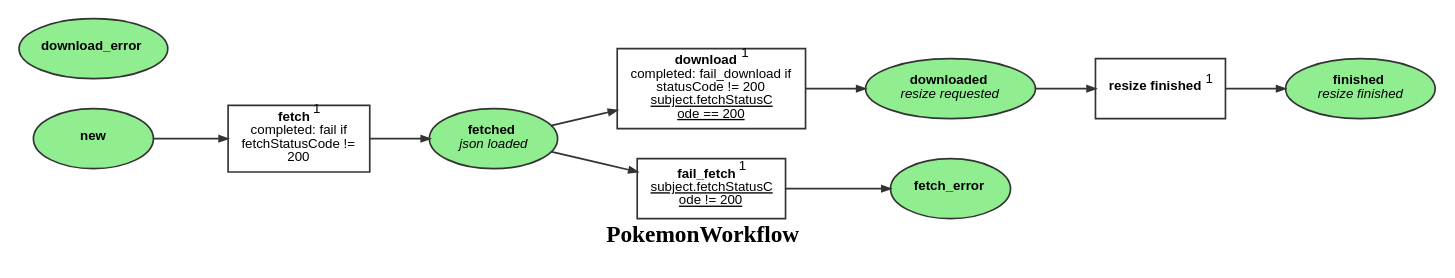
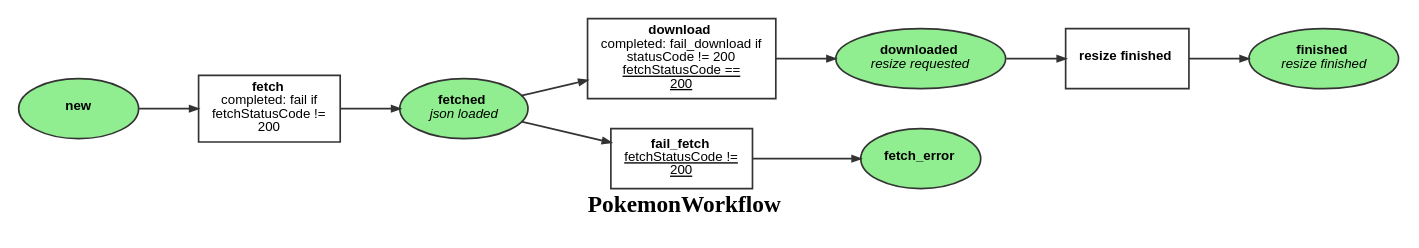
The diagram in doc/PokemonWorkflow.dot (survos-sites/pokemon), drawn with Graphviz before and after one commit. The commit also changed 5 other files, not shown here.

Commit message:
remove download error

```diff
--- a/doc/PokemonWorkflow.dot
+++ b/doc/PokemonWorkflow.dot
@@ -1,24 +1,23 @@
 digraph workflow {
   ratio="compress" rankdir="LR" label=<<B>PokemonWorkflow</B>>
   node [fontsize="8" fontname="Arial" color="#333333" fillcolor="lightgreen" fixedsize="false" width="1"];
   edge [fontsize="7" fontname="Arial" color="#333333" arrowhead="normal" arrowsize="0.5"];
 
   place_new [label=<<B>new</B>>, shape=oval fillcolor="lightgreen" style="filled"];
   place_fetched [label=<<B>fetched</B><BR/><I>json loaded</I>>, shape=oval fillcolor="lightgreen" style="filled"];
   place_downloaded [label=<<B>downloaded</B><BR/><I>resize requested</I>>, shape=oval fillcolor="lightgreen" style="filled"];
   place_finished [label=<<B>finished</B><BR/><I>resize finished</I>>, shape=oval fillcolor="lightgreen" style="filled"];
   place_fetch_error [label=<<B>fetch_error</B>>, shape=oval fillcolor="lightgreen" style="filled"];
-  place_download_error [label=<<B>download_error</B>>, shape=oval fillcolor="lightgreen" style="filled"];
-  transition_0 [label=<<B>fetch</B><SUP>1</SUP><BR/>completed: fail if<BR/>fetchStatusCode !=<BR/>200>, shape="box" regular=""];
-  transition_1 [label=<<B>download</B><SUP>1</SUP><BR/>completed: fail_download if<BR/>statusCode != 200<BR/><U>subject.fetchStatusC<BR/>ode == 200</U>>, shape="box" regular=""];
-  transition_2 [label=<<B>fail_fetch</B><SUP>1</SUP><BR/><U>subject.fetchStatusC<BR/>ode != 200</U>>, shape="box" regular=""];
-  transition_3 [label=<<B>resize finished</B><SUP>1</SUP>>, shape="box" regular=""];
+  transition_0 [label=<<B>fetch</B><BR/>completed: fail if<BR/>fetchStatusCode !=<BR/>200>, shape="box" regular=""];
+  transition_1 [label=<<B>download</B><BR/>completed: fail_download if<BR/>statusCode != 200<BR/><U>fetchStatusCode ==<BR/>200</U>>, shape="box" regular=""];
+  transition_2 [label=<<B>fail_fetch</B><BR/><U>fetchStatusCode !=<BR/>200</U>>, shape="box" regular=""];
+  transition_3 [label=<<B>resize finished</B>>, shape="box" regular=""];
   place_new -> transition_0 [style="solid", comment="new"];
   transition_0 -> place_fetched [style="solid"];
   place_fetched -> transition_1 [style="solid", comment="fetched"];
   transition_1 -> place_downloaded [style="solid"];
   place_fetched -> transition_2 [style="solid", comment="fetched"];
   transition_2 -> place_fetch_error [style="solid"];
   place_downloaded -> transition_3 [style="solid", comment="downloaded"];
   transition_3 -> place_finished [style="solid"];
 }
```
